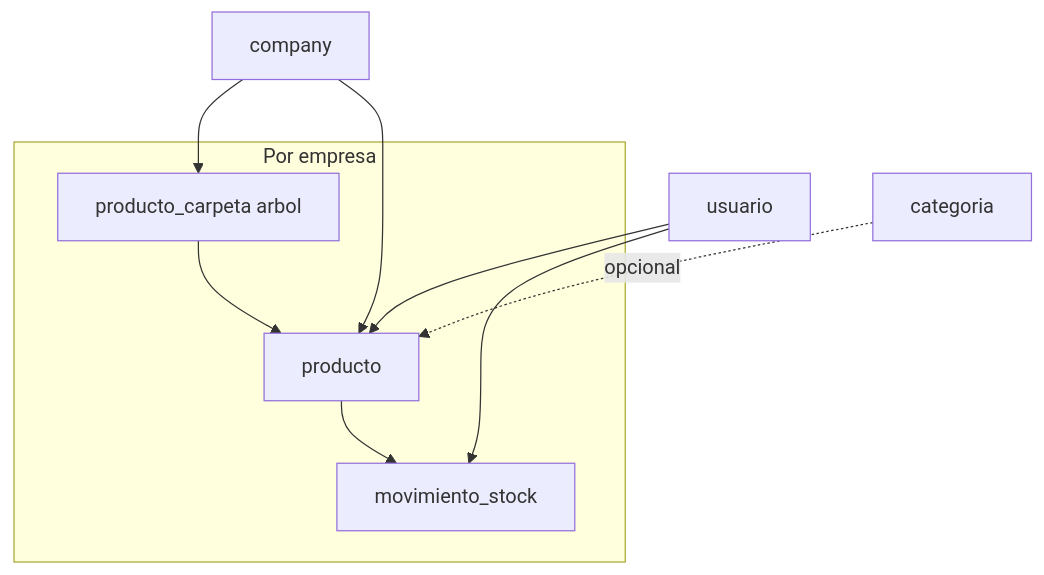
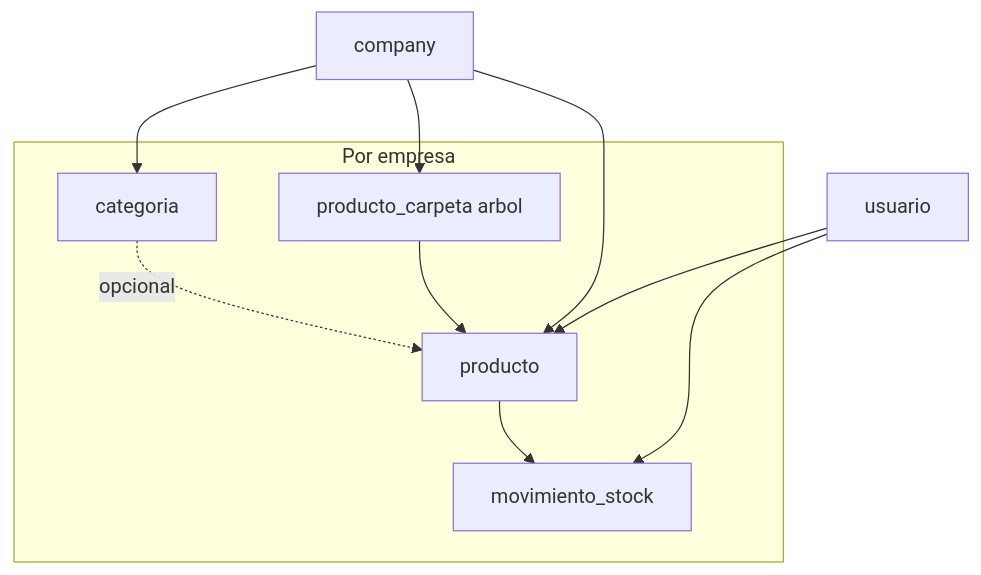
Before and after one commit to Cheng17415/StoRy: the eighth of 9 diagrams in documentacion/StoRy-guia-tecnica.md, drawn with Mermaid. The commit also changed other lines of this file and 36 other files, not shown here.

````diff
--- a/documentacion/StoRy-guia-tecnica.md
+++ b/documentacion/StoRy-guia-tecnica.md
@@ -335,16 +326,18 @@
 ```mermaid
 flowchart TD
     subgraph empresa ["Por empresa"]
         PC["producto_carpeta arbol"]
+        CAT["categoria"]
         PR["producto"]
         MS["movimiento_stock"]
     end
 
     PC --> PR
+    CAT -. opcional .-> PR
     PR --> MS
     U["usuario"] --> MS
     U --> PR
     CO["company"] --> PR
     CO --> PC
-    CAT["categoria"] -. opcional .-> PR
+    CO --> CAT
 ```
````
